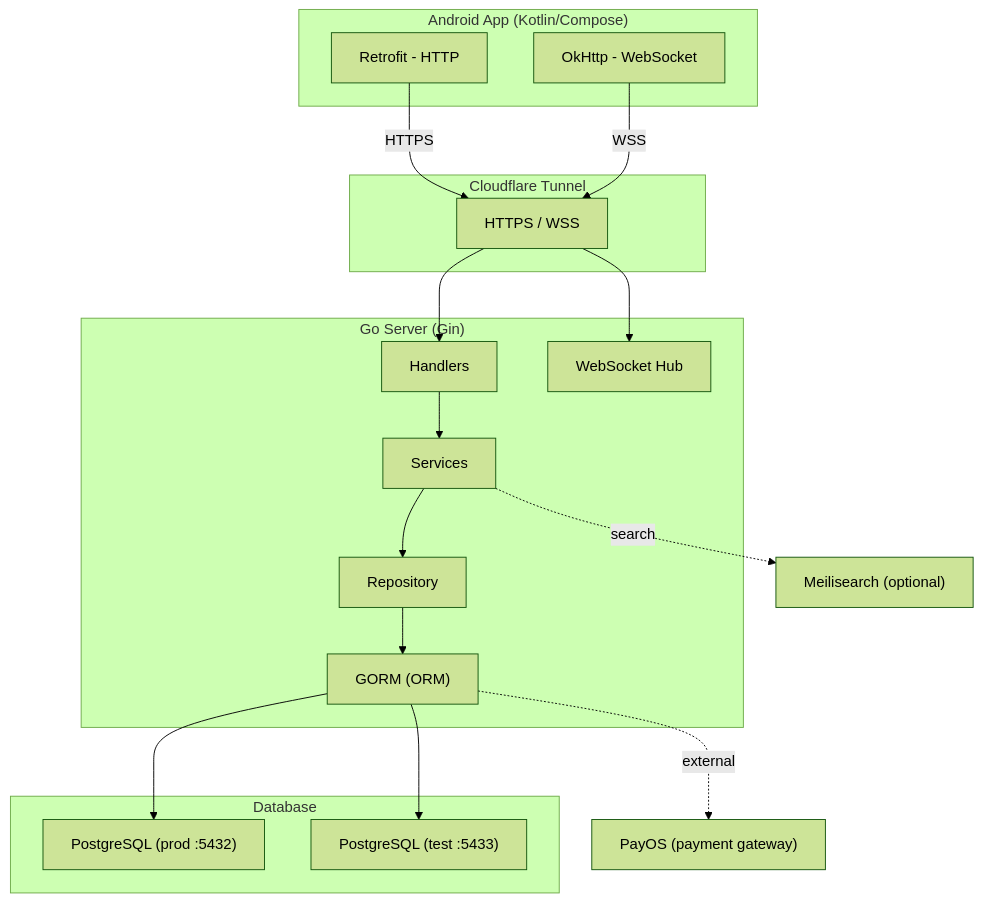
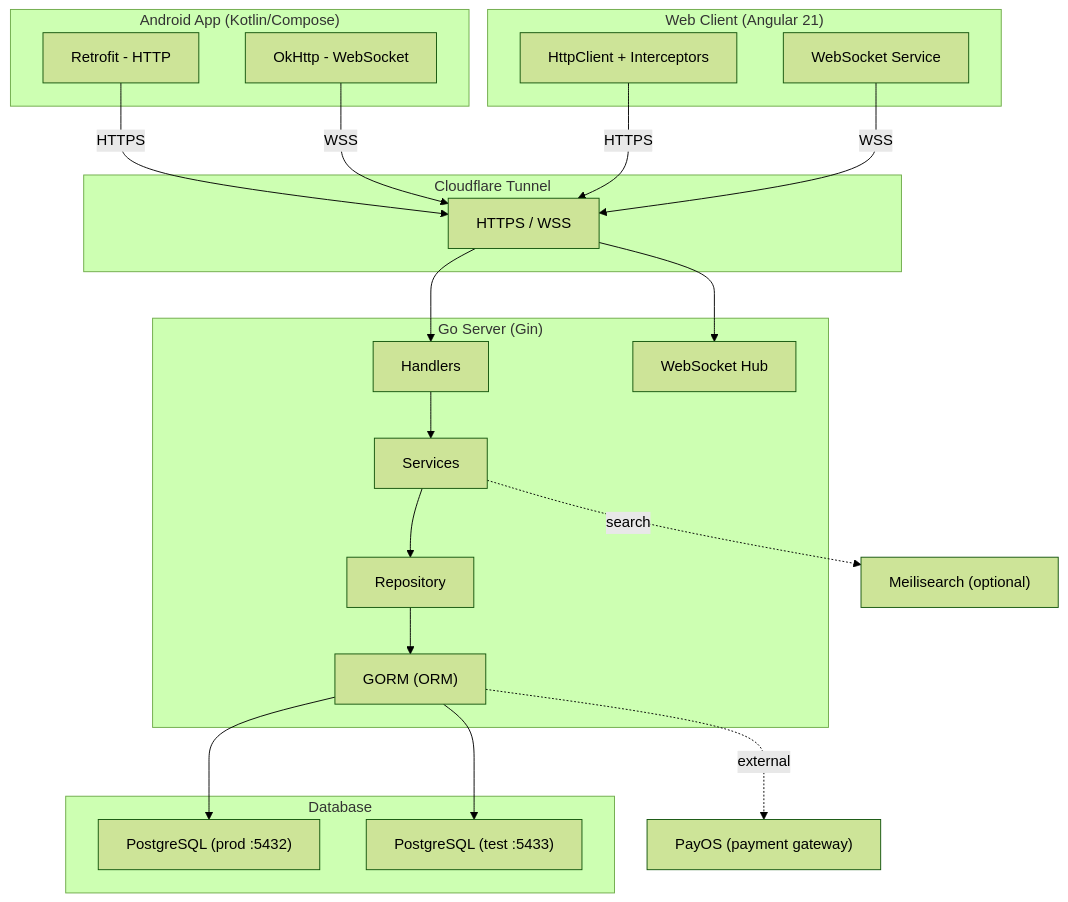
One commit to nhannht/viecz changed the first of 11 diagrams in docs/technical/SYSTEM_DESIGN.md. Above: the diagram before and after it, drawn with Mermaid (forest theme). The commit also changed other lines of this file and 8 other files, not shown here.

First line of the commit message:
docs: Update all technical docs to reflect Angular web client (KNS-79)

````diff
--- a/docs/technical/SYSTEM_DESIGN.md
+++ b/docs/technical/SYSTEM_DESIGN.md
@@ -25,40 +26,47 @@
 ```mermaid
 graph TD
     subgraph AndroidApp["Android App (Kotlin/Compose)"]
         Retrofit["Retrofit - HTTP"]
         OkHttp["OkHttp - WebSocket"]
+    end
+
+    subgraph WebApp["Web Client (Angular 21)"]
+        HttpClient["HttpClient + Interceptors"]
+        WsService["WebSocket Service"]
     end
 
     subgraph CloudflareTunnelSubgraph["Cloudflare Tunnel"]
         CloudflareTunnel["HTTPS / WSS"]
     end
 
     subgraph GoServer["Go Server (Gin)"]
         Handlers
         Services
         Repos["Repository"]
         WebSocketHub["WebSocket Hub"]
         GORM["GORM (ORM)"]
 
         Handlers --> Services
         Services --> Repos
         Repos --> GORM
     end
 
     subgraph Database
         PostgreSQL["PostgreSQL (prod :5432)"]
         PostgreSQLTest["PostgreSQL (test :5433)"]
     end
 
     PayOS["PayOS (payment gateway)"]
     Meilisearch["Meilisearch (optional)"]
 
     Retrofit -->|HTTPS| CloudflareTunnel
     OkHttp -->|WSS| CloudflareTunnel
+    HttpClient -->|HTTPS| CloudflareTunnel
+    WsService -->|WSS| CloudflareTunnel
     CloudflareTunnel --> Handlers
     CloudflareTunnel --> WebSocketHub
     GORM --> PostgreSQL
     GORM --> PostgreSQLTest
     GORM -.->|external| PayOS
     Services -.->|search| Meilisearch
 ```
````
